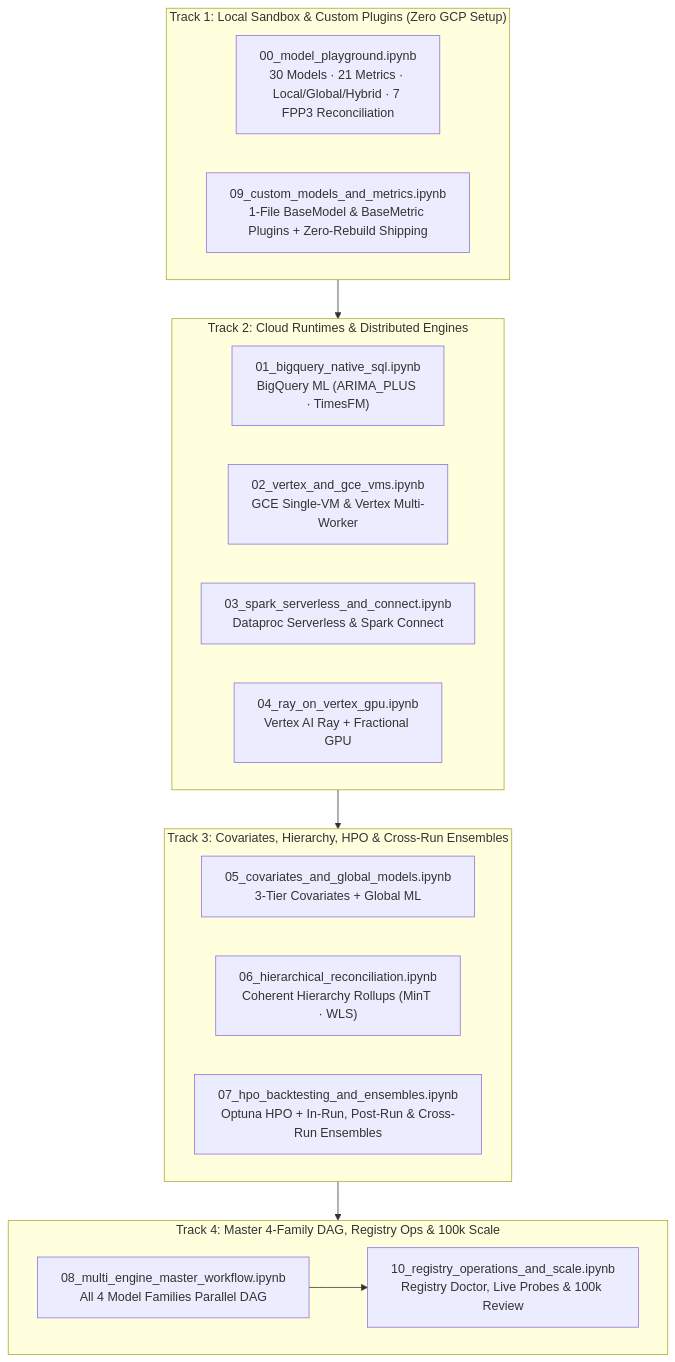
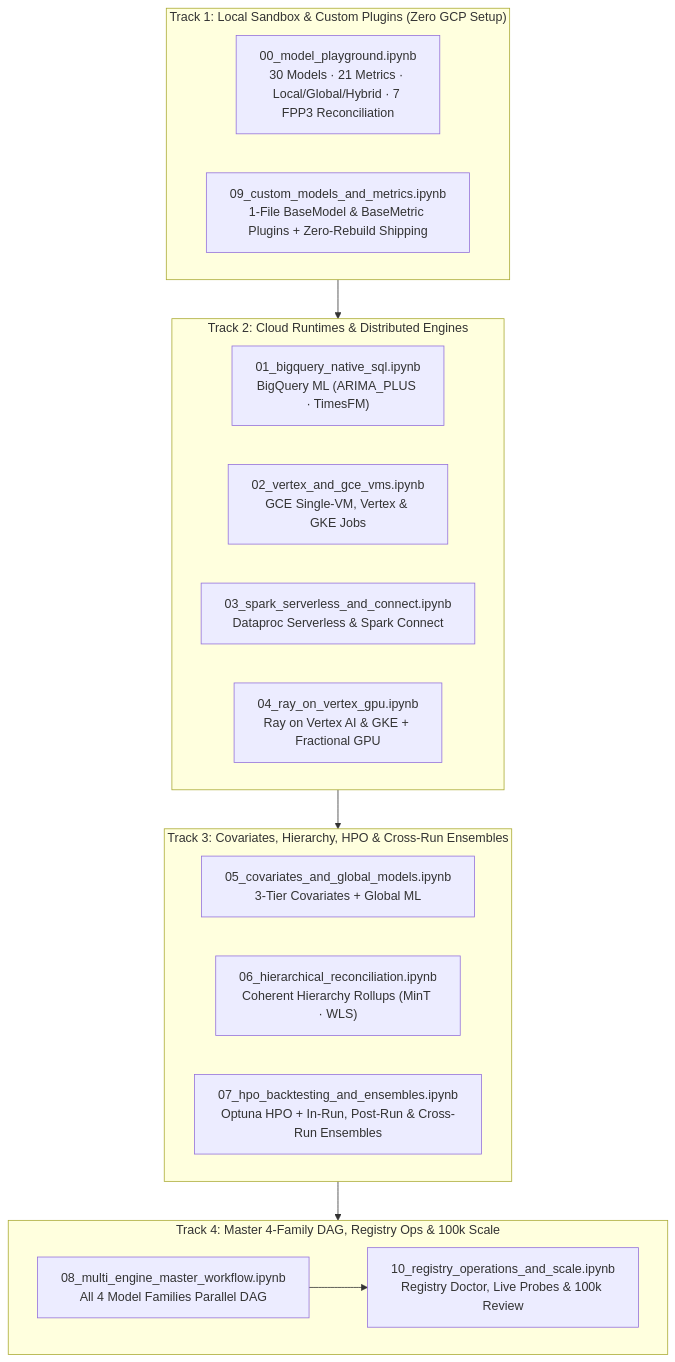
The fifth of 6 diagrams in README.md (statmike/scale-forecasting), drawn with Mermaid before and after one commit. The commit also changed other lines of this file and 59 other files, not shown here.

Commit message:
feat(gke): add Google Kubernetes Engine (gke) runtime, Indexed Jobs, Ray-on-GKE, per-pod GPU scale-down, and runtimes reference

````diff
--- a/README.md
+++ b/README.md
@@ -598,29 +599,29 @@
 ```mermaid
 flowchart TD
     subgraph Track1["Track 1: Local Sandbox & Custom Plugins (Zero GCP Setup)"]
         NB00["00_model_playground.ipynb<br/>30 Models · 21 Metrics · Local/Global/Hybrid · 7 FPP3 Reconciliation"]
         NB09["09_custom_models_and_metrics.ipynb<br/>1-File BaseModel & BaseMetric Plugins + Zero-Rebuild Shipping"]
     end
 
     subgraph Track2["Track 2: Cloud Runtimes & Distributed Engines"]
         direction LR
         NB01["01_bigquery_native_sql.ipynb<br/>BigQuery ML (ARIMA_PLUS · TimesFM)"]
-        NB02["02_vertex_and_gce_vms.ipynb<br/>GCE Single-VM & Vertex Multi-Worker"]
+        NB02["02_vertex_and_gce_vms.ipynb<br/>GCE Single-VM, Vertex & GKE Jobs"]
         NB03["03_spark_serverless_and_connect.ipynb<br/>Dataproc Serverless & Spark Connect"]
-        NB04["04_ray_on_vertex_gpu.ipynb<br/>Vertex AI Ray + Fractional GPU"]
+        NB04["04_ray_on_vertex_gpu.ipynb<br/>Ray on Vertex AI & GKE + Fractional GPU"]
     end
 
     subgraph Track3["Track 3: Covariates, Hierarchy, HPO & Cross-Run Ensembles"]
         direction LR
         NB05["05_covariates_and_global_models.ipynb<br/>3-Tier Covariates + Global ML"]
         NB06["06_hierarchical_reconciliation.ipynb<br/>Coherent Hierarchy Rollups (MinT · WLS)"]
         NB07["07_hpo_backtesting_and_ensembles.ipynb<br/>Optuna HPO + In-Run, Post-Run & Cross-Run Ensembles"]
     end
 
     subgraph Track4["Track 4: Master 4-Family DAG, Registry Ops & 100k Scale"]
         direction LR
         NB08["08_multi_engine_master_workflow.ipynb<br/>All 4 Model Families Parallel DAG"] --> NB10["10_registry_operations_and_scale.ipynb<br/>Registry Doctor, Live Probes & 100k Review"]
     end
 
     Track1 --> Track2 --> Track3 --> Track4
 ```
````
